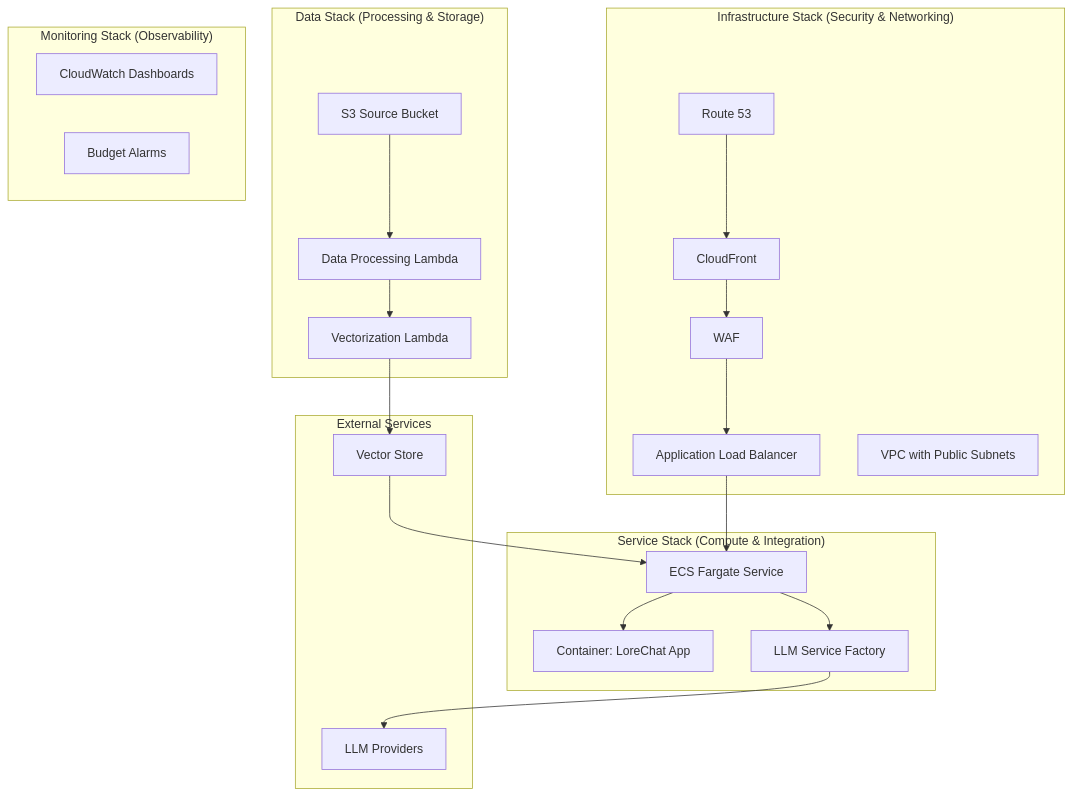
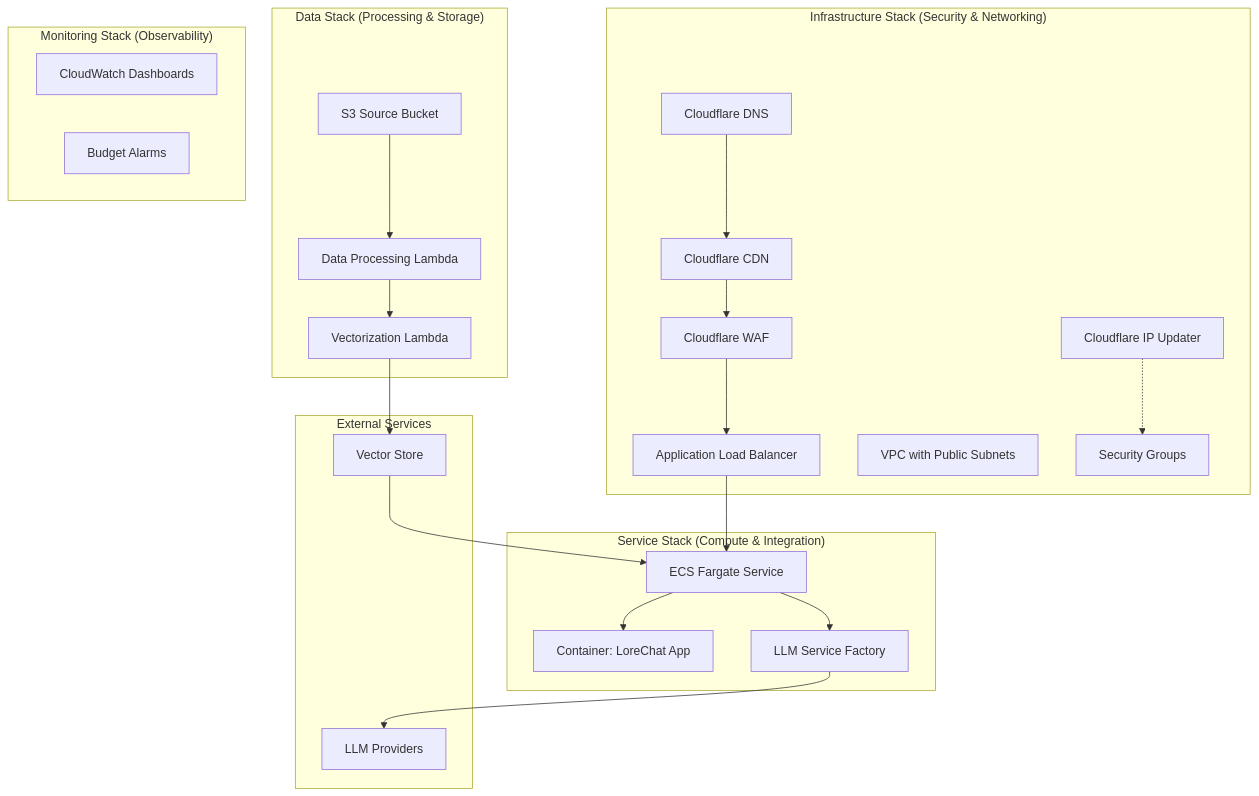
Before and after one commit to laialex501/lorechat-cdk: the first of 6 diagrams in README.md, drawn with Mermaid. The commit also changed other lines of this file and 9 other files, not shown here.

Commit message:
Migrate from CloudFront to Cloudflare

````diff
--- a/README.md
+++ b/README.md
@@ -26,36 +26,38 @@
 ```mermaid
 graph TD
     subgraph "Infrastructure Stack (Security & Networking)"
-        A[CloudFront] --> B[WAF]
-        B --> C[Application Load Balancer]
-        E[Route 53] --> A
-        D[VPC with Public Subnets]
+        A[Cloudflare DNS] --> B[Cloudflare CDN]
+        B --> C[Cloudflare WAF]
+        C --> D[Application Load Balancer]
+        E[VPC with Public Subnets]
+        F[Cloudflare IP Updater]
+        F -.-> G[Security Groups]
     end
 
     subgraph "Service Stack (Compute & Integration)"
-        C --> F[ECS Fargate Service]
-        F --> G[Container: LoreChat App]
-        O[LLM Service Factory]
+        D --> H[ECS Fargate Service]
+        H --> I[Container: LoreChat App]
+        J[LLM Service Factory]
     end
 
     subgraph "Data Stack (Processing & Storage)"
-        H[S3 Source Bucket]
-        J[Data Processing Lambda]
-        K[Vectorization Lambda]
-        H --> J --> K
+        K[S3 Source Bucket]
+        L[Data Processing Lambda]
+        M[Vectorization Lambda]
+        K --> L --> M
     end
 
     subgraph "Monitoring Stack (Observability)"
-        M[CloudWatch Dashboards]
-        N[Budget Alarms]
+        N[CloudWatch Dashboards]
+        O[Budget Alarms]
     end
 
     subgraph "External Services"
-        L[Vector Store]
-        P[LLM Providers]
+        P[Vector Store]
+        Q[LLM Providers]
     end
 
-    K --> L
-    F --> O --> P
-    L --> F
+    M --> P
+    H --> J --> Q
+    P --> H
 ```
````
